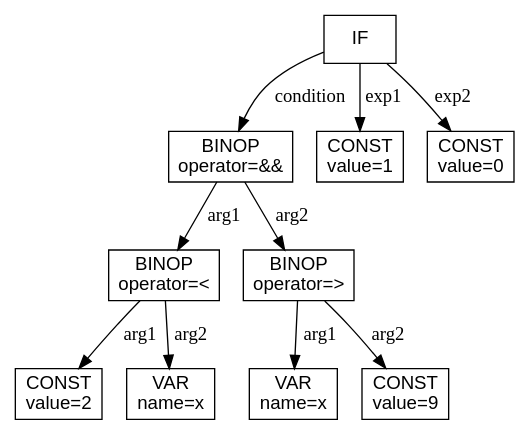
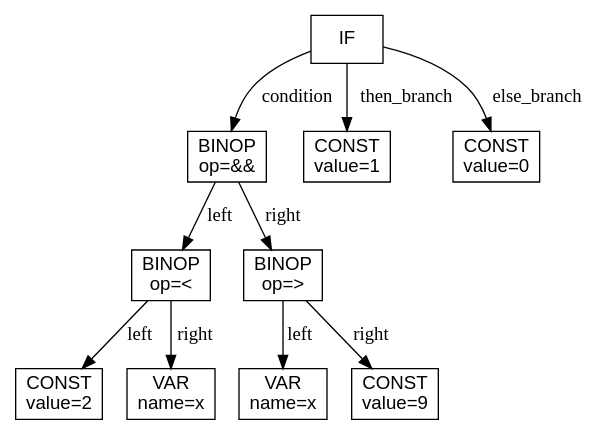
One commit to mjanssen0212-spec/private changed the diagram in Universität/Übersetzung und Analyse von Programmen/Projekte/Projekt_3/uap25_pro3_python/dotFiles/condition.ast.dot. Above: the diagram before and after it, drawn with Graphviz. The commit also changed 32 other files, not shown here.

```diff
--- a/Universität/Übersetzung und Analyse von Programmen/Projekte/Projekt_3/uap25_pro3_python/dotFiles/condition.ast.dot
+++ b/Universität/Übersetzung und Analyse von Programmen/Projekte/Projekt_3/uap25_pro3_python/dotFiles/condition.ast.dot
@@ -1,22 +1,22 @@
 digraph AST {
   node [shape=box, fontname="Arial"];
   n0 [label="IF"];
-  n1 [label="BINOP\noperator=&amp;&amp;"];
-  n2 [label="BINOP\noperator=&lt;"];
+  n1 [label="BINOP\nop=&amp;&amp;"];
+  n2 [label="BINOP\nop=&lt;"];
   n3 [label="CONST\nvalue=2"];
-  n2 -> n3 [label="arg1"];
+  n2 -> n3 [label="left"];
   n4 [label="VAR\nname=x"];
-  n2 -> n4 [label="arg2"];
-  n1 -> n2 [label="arg1"];
-  n5 [label="BINOP\noperator=&gt;"];
+  n2 -> n4 [label="right"];
+  n1 -> n2 [label="left"];
+  n5 [label="BINOP\nop=&gt;"];
   n6 [label="VAR\nname=x"];
-  n5 -> n6 [label="arg1"];
+  n5 -> n6 [label="left"];
   n7 [label="CONST\nvalue=9"];
-  n5 -> n7 [label="arg2"];
-  n1 -> n5 [label="arg2"];
+  n5 -> n7 [label="right"];
+  n1 -> n5 [label="right"];
   n0 -> n1 [label="condition"];
   n8 [label="CONST\nvalue=1"];
-  n0 -> n8 [label="exp1"];
+  n0 -> n8 [label="then_branch"];
   n9 [label="CONST\nvalue=0"];
-  n0 -> n9 [label="exp2"];
+  n0 -> n9 [label="else_branch"];
 }
```
